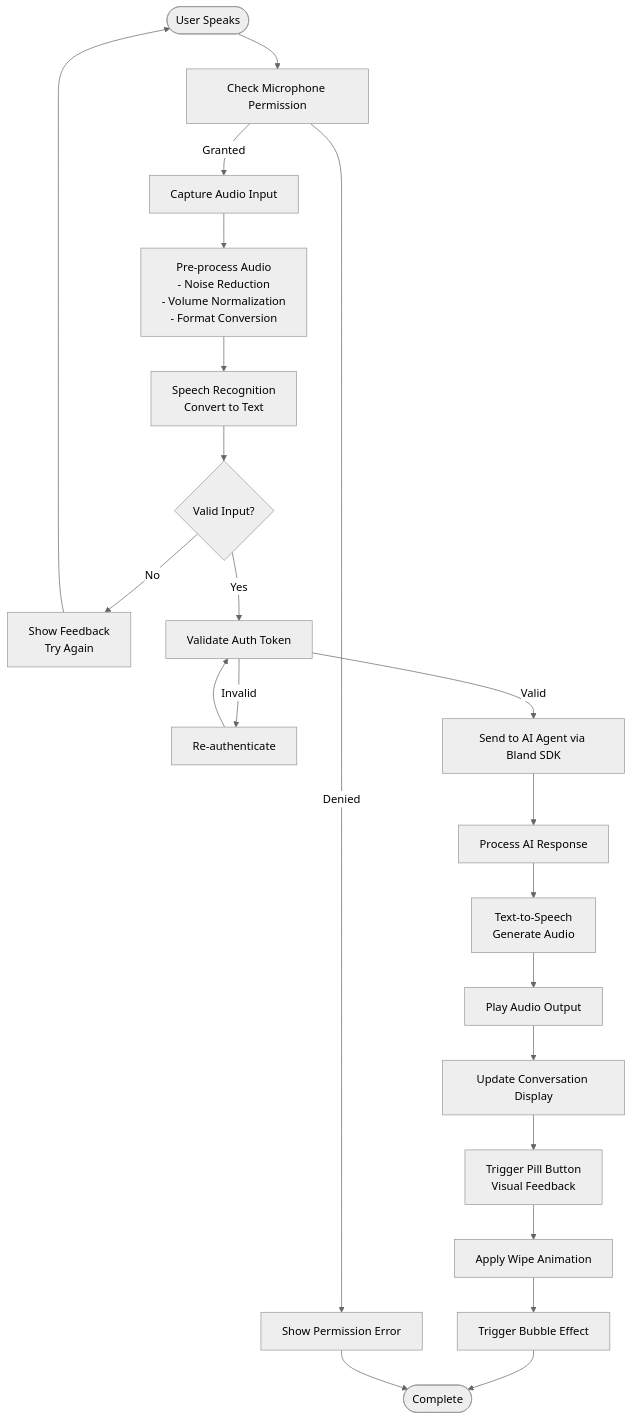
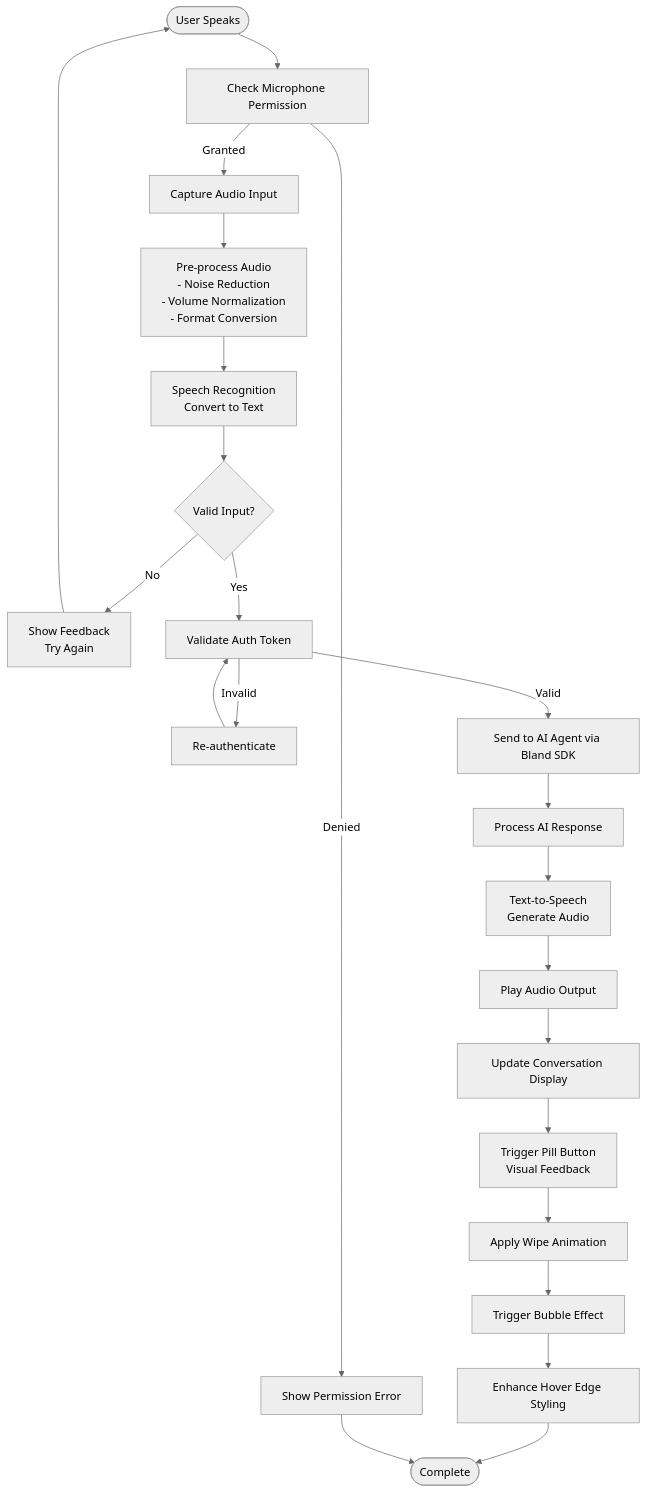
Before and after one commit to Theja4/podiummomentum: the fourth of 7 diagrams in .qoder/repowiki/en/content/Component Architecture/Core Components/Voice AI Agent Demo.md, drawn with Mermaid (neutral theme). The commit also changed other lines of this file and 24 other files, not shown here.

````diff
--- a/.qoder/repowiki/en/content/Component Architecture/Core Components/Voice AI Agent Demo.md
+++ b/.qoder/repowiki/en/content/Component Architecture/Core Components/Voice AI Agent Demo.md
@@ -248,24 +247,25 @@
 ```mermaid
 flowchart TD
 Start([User Speaks]) --> Permission["Check Microphone Permission"]
 Permission --> |Granted| Capture["Capture Audio Input"]
 Permission --> |Denied| Error["Show Permission Error"]
 Capture --> PreProcess["Pre-process Audio<br/>- Noise Reduction<br/>- Volume Normalization<br/>- Format Conversion"]
 PreProcess --> Recognize["Speech Recognition<br/>Convert to Text"]
 Recognize --> Validate{"Valid Input?"}
 Validate --> |No| Feedback["Show Feedback<br/>Try Again"]
 Validate --> |Yes| Auth["Validate Auth Token"]
 Auth --> |Invalid| Reauth["Re-authenticate"]
 Auth --> |Valid| Send["Send to AI Agent via Bland SDK"]
 Send --> Process["Process AI Response"]
 Process --> Synthesize["Text-to-Speech<br/>Generate Audio"]
 Synthesize --> Play["Play Audio Output"]
 Play --> UpdateUI["Update Conversation Display"]
 UpdateUI --> ButtonFeedback["Trigger Pill Button<br/>Visual Feedback"]
 ButtonFeedback --> WipeAnim["Apply Wipe Animation"]
 WipeAnim --> BubbleEffect["Trigger Bubble Effect"]
-BubbleEffect --> End([Complete])
+BubbleEffect --> HoverEdge["Enhance Hover Edge Styling"]
+HoverEdge --> End([Complete])
 Error --> End
 Feedback --> Start
 Reauth --> Auth
 ```
````
